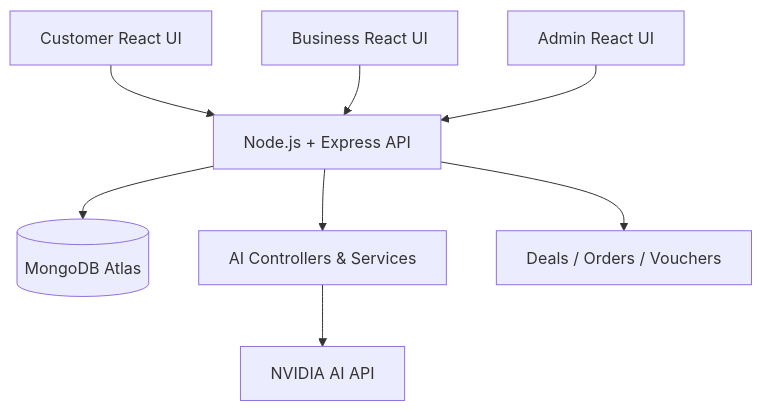
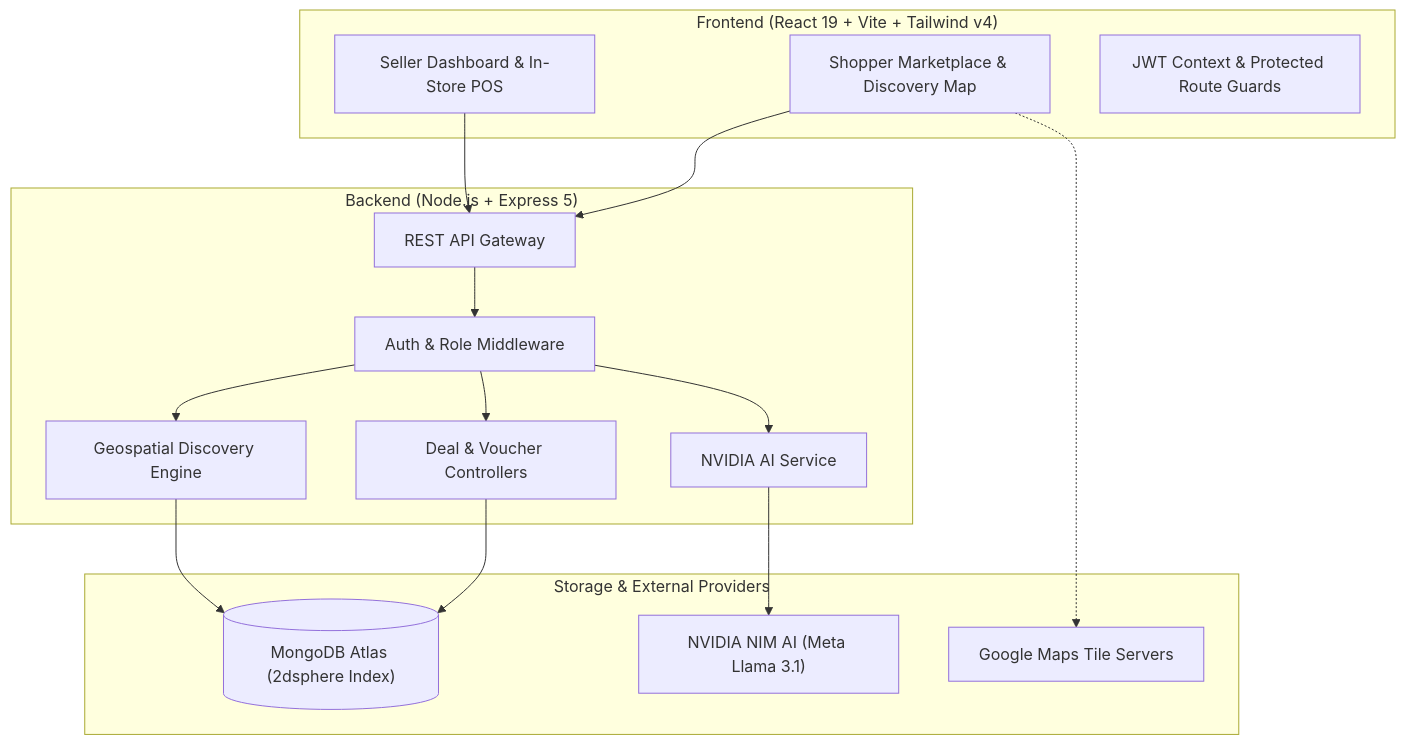
Before and after one commit to miabdulrahman/HitMeUp: the first of 2 diagrams in README.md, drawn with Mermaid. The commit also changed other lines of this file, not shown here.

Commit message:
docs: revamp README with modern design, architecture diagrams, and complete feature docs

````diff
--- a/README.md
+++ b/README.md
@@ -274,10 +80,34 @@
-``` mermaid
+```mermaid
 flowchart TB
-    C["Customer React UI"] --> API["Node.js + Express API"]
-    B["Business React UI"] --> API
-    A["Admin React UI"] --> API
-    API --> DB[("MongoDB Atlas")]
-    API --> AI["AI Controllers & Services"]
-    AI --> NV["NVIDIA AI API"]
-    API --> O["Deals / Orders / Vouchers"]
+    subgraph Client ["Frontend (React 19 + Vite + Tailwind v4)"]
+        UI_Buyer["Shopper Marketplace & Discovery Map"]
+        UI_Seller["Seller Dashboard & In-Store POS"]
+        UI_Auth["JWT Context & Protected Route Guards"]
+    end
+
+    subgraph Server ["Backend (Node.js + Express 5)"]
+        API["REST API Gateway"]
+        M_Auth["Auth & Role Middleware"]
+        C_Deal["Deal & Voucher Controllers"]
+        C_Disc["Geospatial Discovery Engine"]
+        C_AI["NVIDIA AI Service"]
+    end
+
+    subgraph Data ["Storage & External Providers"]
+        DB[("MongoDB Atlas (2dsphere Index)")]
+        NV_AI["NVIDIA NIM AI (Meta Llama 3.1)"]
+        Tiles["Google Maps Tile Servers"]
+    end
+
+    UI_Buyer --> API
+    UI_Seller --> API
+    API --> M_Auth
+    M_Auth --> C_Deal
+    M_Auth --> C_Disc
+    M_Auth --> C_AI
+
+    C_Deal --> DB
+    C_Disc --> DB
+    C_AI --> NV_AI
+    UI_Buyer -.-> Tiles
 ```
````
